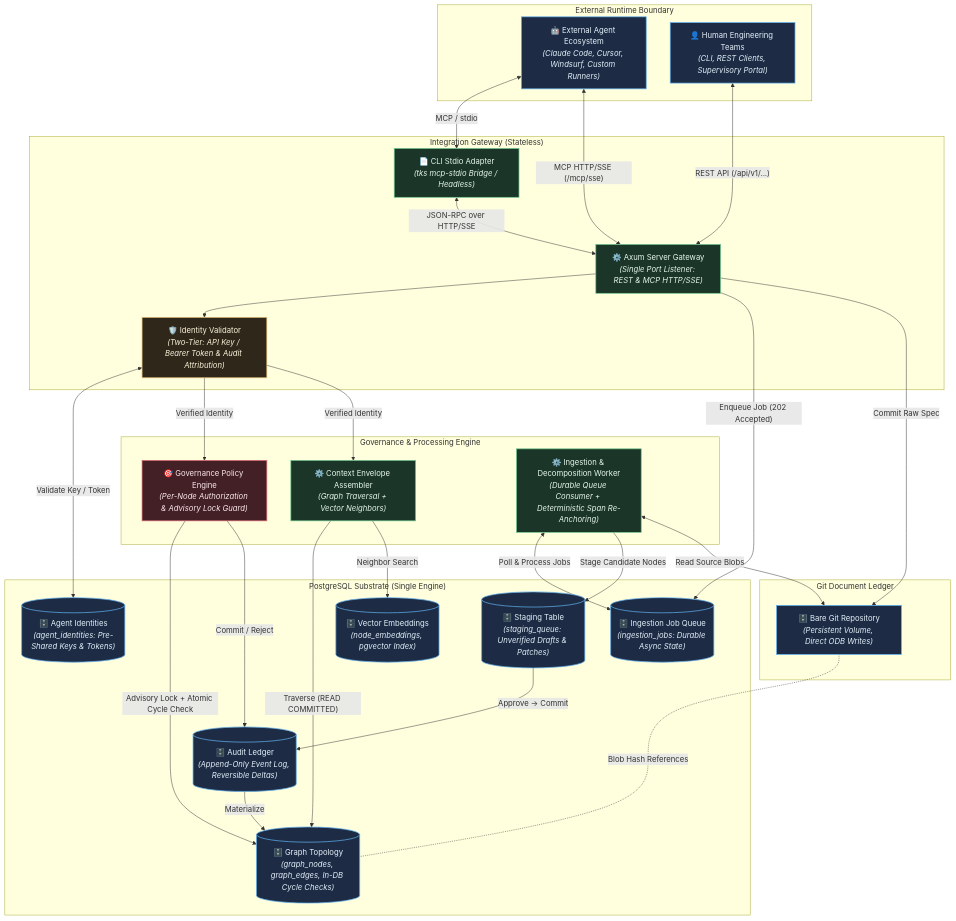
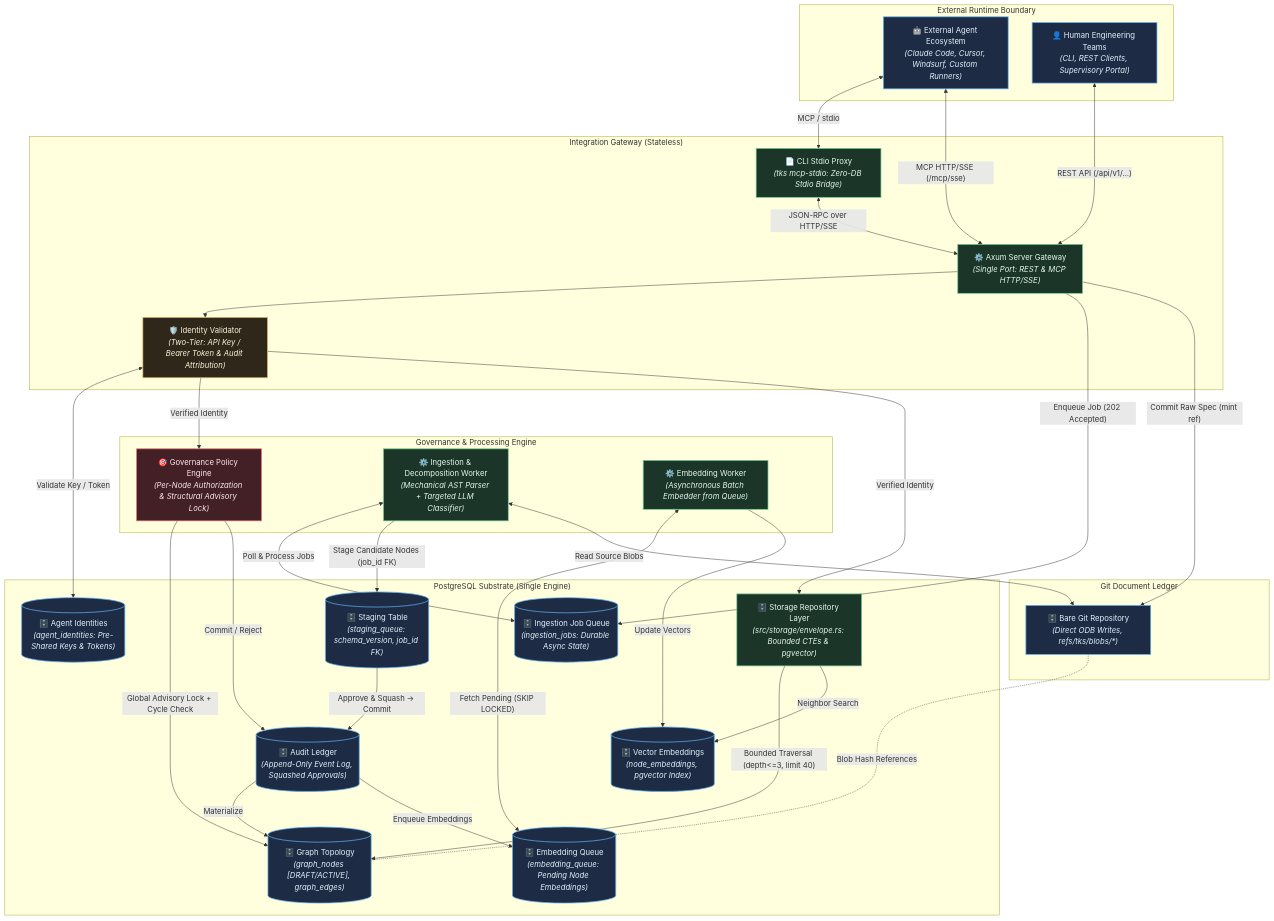
One commit to Shapedsundew9/tks changed the diagram in docs/vision/architecture.md. Above: the diagram before and after it, drawn with Mermaid. The commit also changed other lines of this file and 4 other files, not shown here.

Commit message:
Architecture alignment: iteration 2 (LD: gemini-3.8-flash-high, Arch: gemini-3.8-flash-high)

````diff
--- a/docs/vision/architecture.md
+++ b/docs/vision/architecture.md
@@ -101,28 +115,30 @@
     end
 
     subgraph Gateway["Integration Gateway (Stateless)"]
-        CLIAdapter["📄 CLI Stdio Adapter<br/><i>(tks mcp-stdio Bridge / Headless)</i>"]:::secondary
-        AxumServer["⚙️ Axum Server Gateway<br/><i>(Single Port Listener: REST & MCP HTTP/SSE)</i>"]:::secondary
+        CLIAdapter["📄 CLI Stdio Proxy<br/><i>(tks mcp-stdio: Zero-DB Stdio Bridge)</i>"]:::secondary
+        AxumServer["⚙️ Axum Server Gateway<br/><i>(Single Port: REST & MCP HTTP/SSE)</i>"]:::secondary
         AuthN["🛡️ Identity Validator<br/><i>(Two-Tier: API Key / Bearer Token & Audit Attribution)</i>"]:::note
     end
 
     subgraph Core["Governance & Processing Engine"]
-        GovEngine["🎯 Governance Policy Engine<br/><i>(Per-Node Authorization & Advisory Lock Guard)</i>"]:::primary
-        EnvelopeAssembler["⚙️ Context Envelope Assembler<br/><i>(Graph Traversal + Vector Neighbors)</i>"]:::secondary
-        DecompWorker["⚙️ Ingestion & Decomposition Worker<br/><i>(Durable Queue Consumer + Deterministic Span Re-Anchoring)</i>"]:::secondary
+        GovEngine["🎯 Governance Policy Engine<br/><i>(Per-Node Authorization & Structural Advisory Lock)</i>"]:::primary
+        DecompWorker["⚙️ Ingestion & Decomposition Worker<br/><i>(Mechanical AST Parser + Targeted LLM Classifier)</i>"]:::secondary
+        EmbedWorker["⚙️ Embedding Worker<br/><i>(Asynchronous Batch Embedder from Queue)</i>"]:::secondary
     end
 
     subgraph Storage["PostgreSQL Substrate (Single Engine)"]
-        GraphTopo[("🗄️ Graph Topology<br/><i>(graph_nodes, graph_edges, In-DB Cycle Checks)</i>")]:::tertiary
+        StorageRepo["🗄️ Storage Repository Layer<br/><i>(src/storage/envelope.rs: Bounded CTEs & pgvector)</i>"]:::secondary
+        GraphTopo[("🗄️ Graph Topology<br/><i>(graph_nodes [DRAFT/ACTIVE], graph_edges)</i>")]:::tertiary
         VectorIdx[("🗄️ Vector Embeddings<br/><i>(node_embeddings, pgvector Index)</i>")]:::tertiary
-        AuditLedger[("🗄️ Audit Ledger<br/><i>(Append-Only Event Log, Reversible Deltas)</i>")]:::tertiary
-        StagingTable[("🗄️ Staging Table<br/><i>(staging_queue: Unverified Drafts & Patches)</i>")]:::tertiary
+        AuditLedger[("🗄️ Audit Ledger<br/><i>(Append-Only Event Log, Squashed Approvals)</i>")]:::tertiary
+        StagingTable[("🗄️ Staging Table<br/><i>(staging_queue: schema_version, job_id FK)</i>")]:::tertiary
         JobQueue[("🗄️ Ingestion Job Queue<br/><i>(ingestion_jobs: Durable Async State)</i>")]:::tertiary
+        EmbedQueue[("🗄️ Embedding Queue<br/><i>(embedding_queue: Pending Node Embeddings)</i>")]:::tertiary
         Identities[("🗄️ Agent Identities<br/><i>(agent_identities: Pre-Shared Keys & Tokens)</i>")]:::tertiary
     end
 
     subgraph DocStore["Git Document Ledger"]
-        GitRepo["🗄️ Bare Git Repository<br/><i>(Persistent Volume, Direct ODB Writes)</i>"]:::tertiary
+        GitRepo["🗄️ Bare Git Repository<br/><i>(Direct ODB Writes, refs/tks/blobs/*)</i>"]:::tertiary
     end
 
     Agents <-->|"MCP / stdio"| CLIAdapter
@@ -132,17 +148,20 @@
     AxumServer --> AuthN
     AuthN <-->|"Validate Key / Token"| Identities
     AuthN -->|"Verified Identity"| GovEngine
-    AuthN -->|"Verified Identity"| EnvelopeAssembler
+    AuthN -->|"Verified Identity"| StorageRepo
     AxumServer -->|"Enqueue Job (202 Accepted)"| JobQueue
-    AxumServer -->|"Commit Raw Spec"| GitRepo
+    AxumServer -->|"Commit Raw Spec (mint ref)"| GitRepo
     DecompWorker <-->|"Poll & Process Jobs"| JobQueue
-    DecompWorker -->|"Stage Candidate Nodes"| StagingTable
+    DecompWorker -->|"Stage Candidate Nodes (job_id FK)"| StagingTable
     DecompWorker <-->|"Read Source Blobs"| GitRepo
-    GovEngine -->|"Advisory Lock + Atomic Cycle Check"| GraphTopo
+    GovEngine -->|"Global Advisory Lock + Cycle Check"| GraphTopo
     GovEngine -->|"Commit / Reject"| AuditLedger
     AuditLedger -->|"Materialize"| GraphTopo
-    EnvelopeAssembler -->|"Traverse (READ COMMITTED)"| GraphTopo
-    EnvelopeAssembler -->|"Neighbor Search"| VectorIdx
-    StagingTable -->|"Approve → Commit"| AuditLedger
+    AuditLedger -->|"Enqueue Embeddings"| EmbedQueue
+    EmbedWorker <-->|"Fetch Pending (SKIP LOCKED)"| EmbedQueue
+    EmbedWorker -->|"Update Vectors"| VectorIdx
+    StorageRepo -->|"Bounded Traversal (depth<=3, limit 40)"| GraphTopo
+    StorageRepo -->|"Neighbor Search"| VectorIdx
+    StagingTable -->|"Approve & Squash → Commit"| AuditLedger
     GitRepo -.-|"Blob Hash References"| GraphTopo
 ```
````
